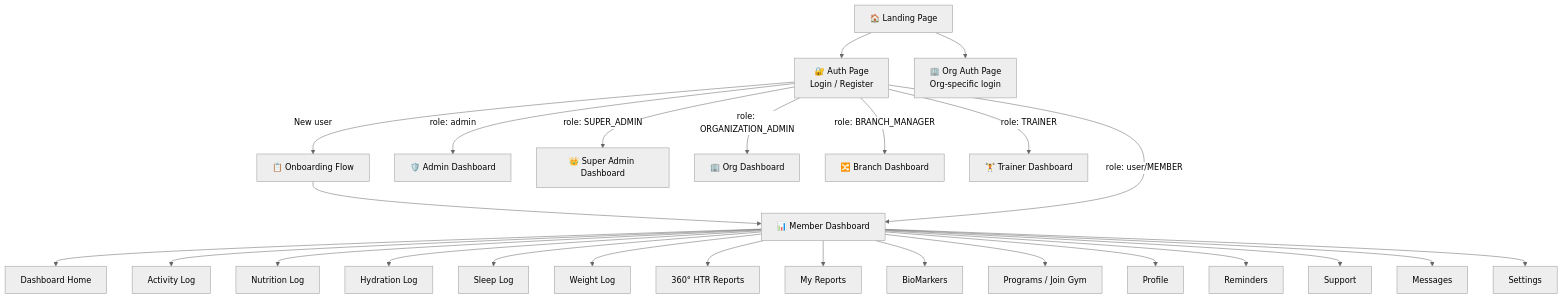
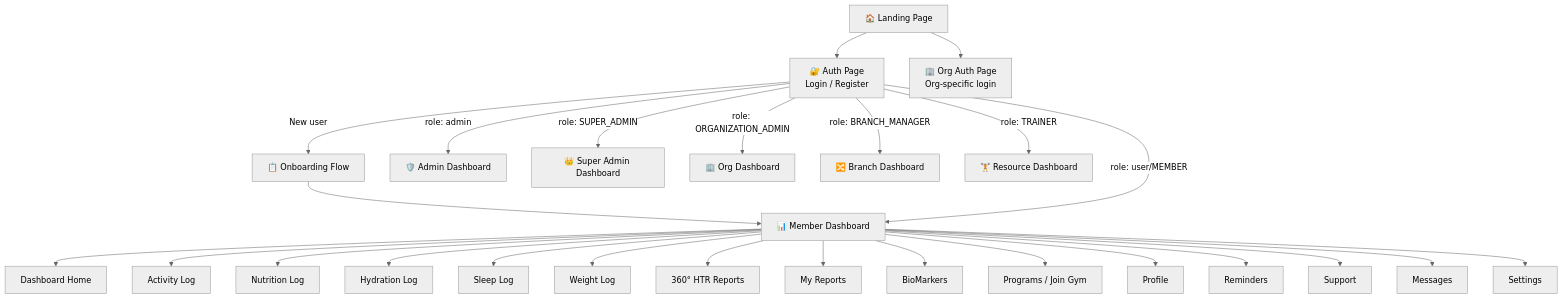
The eighth of 8 diagrams in README.md (sanjaydhiman82/fitpulsebot-new-ui), drawn with Mermaid (neutral theme) before and after one commit. The commit also changed other lines of this file and 30 other files, not shown here.

````diff
--- a/README.md
+++ b/README.md
@@ -490,30 +490,30 @@
 ```mermaid
 flowchart TD
     LAND[🏠 Landing Page] --> AUTH[🔐 Auth Page\nLogin / Register]
     LAND --> ORGAUTH[🏢 Org Auth Page\nOrg-specific login]
     AUTH -->|New user| ONBOARD[📋 Onboarding Flow]
     ONBOARD --> DASH
 
     AUTH -->|role: user/MEMBER| DASH[📊 Member Dashboard]
     AUTH -->|role: admin| ADMIN[🛡️ Admin Dashboard]
     AUTH -->|role: SUPER_ADMIN| SUPER[👑 Super Admin Dashboard]
     AUTH -->|role: ORGANIZATION_ADMIN| ORG[🏢 Org Dashboard]
     AUTH -->|role: BRANCH_MANAGER| BRANCH[🔀 Branch Dashboard]
-    AUTH -->|role: TRAINER| TRAINER[🏋️ Trainer Dashboard]
+    AUTH -->|role: TRAINER| TRAINER[🏋️ Resource Dashboard]
 
     DASH --> D1[Dashboard Home]
     DASH --> D2[Activity Log]
     DASH --> D3[Nutrition Log]
     DASH --> D4[Hydration Log]
     DASH --> D5[Sleep Log]
     DASH --> D6[Weight Log]
     DASH --> D7[360° HTR Reports]
     DASH --> D8[My Reports]
     DASH --> D9[BioMarkers]
     DASH --> D10[Programs / Join Gym]
     DASH --> D11[Profile]
     DASH --> D12[Reminders]
     DASH --> D13[Support]
     DASH --> D14[Messages]
     DASH --> D15[Settings]
 ```
````
